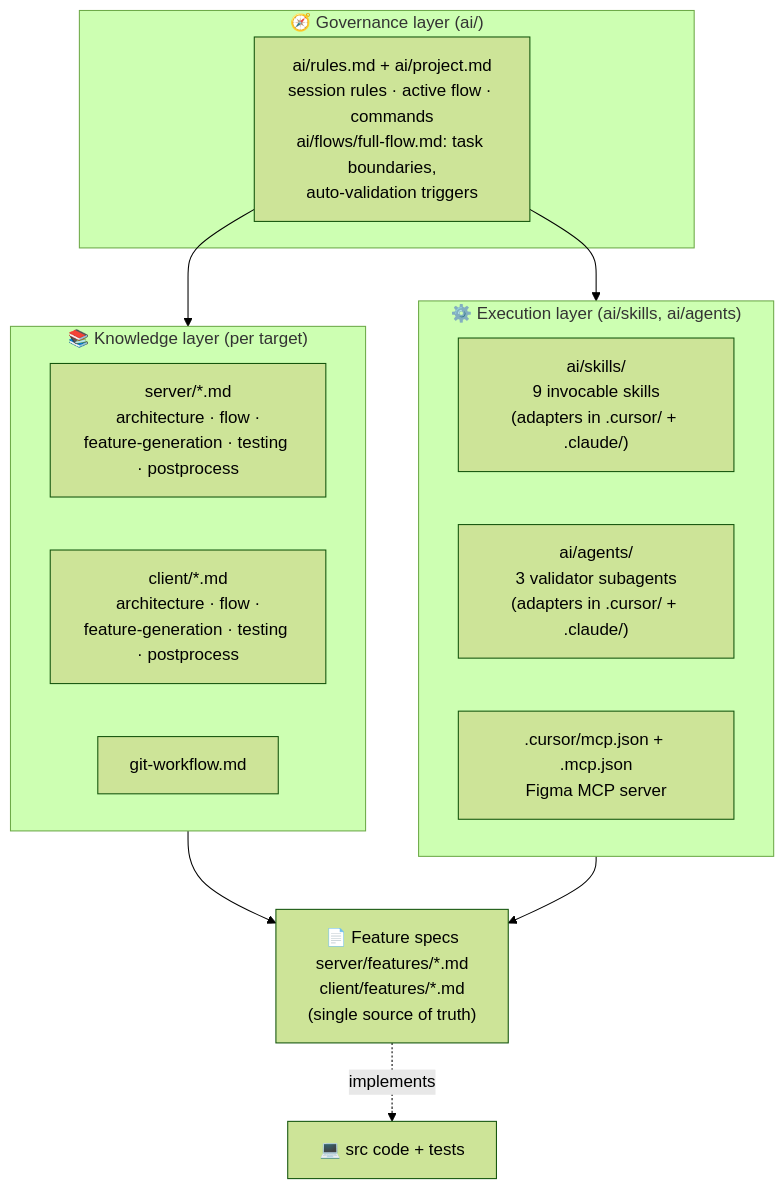
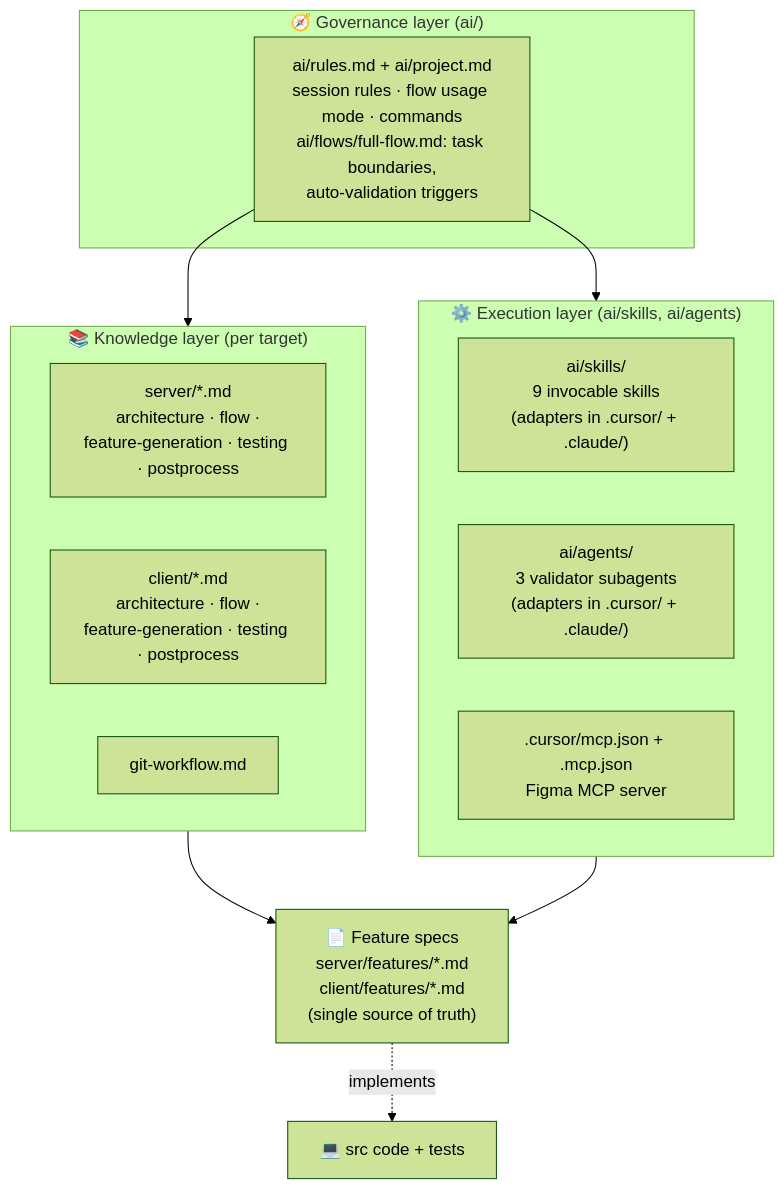
The first of 11 diagrams in ai/docs/full-flow.md (ShootingStar91/full-stack-template), drawn with Mermaid (forest theme) before and after one commit. The commit also changed other lines of this file and 8 other files, not shown here.

Commit message:
fix: flow default mode fixed

````diff
--- a/ai/docs/full-flow.md
+++ b/ai/docs/full-flow.md
@@ -20,28 +20,28 @@
 ```mermaid
 flowchart TB
     subgraph RULES["🧭 Governance layer (ai/)"]
-        CR["ai/rules.md + ai/project.md<br/>session rules · active flow · commands<br/>ai/flows/full-flow.md: task boundaries,<br/>auto-validation triggers"]
+        CR["ai/rules.md + ai/project.md<br/>session rules · flow usage mode · commands<br/>ai/flows/full-flow.md: task boundaries,<br/>auto-validation triggers"]
     end
 
     subgraph KNOW["📚 Knowledge layer (per target)"]
         direction LR
         SRV["server/*.md<br/>architecture · flow ·<br/>feature-generation · testing · postprocess"]
         CLI["client/*.md<br/>architecture · flow ·<br/>feature-generation · testing · postprocess"]
         GIT["git-workflow.md"]
     end
 
     subgraph EXEC["⚙️ Execution layer (ai/skills, ai/agents)"]
         direction LR
         SK["ai/skills/<br/>9 invocable skills<br/>(adapters in .cursor/ + .claude/)"]
         AG["ai/agents/<br/>3 validator subagents<br/>(adapters in .cursor/ + .claude/)"]
         MCP[".cursor/mcp.json + .mcp.json<br/>Figma MCP server"]
     end
 
     SPECS["📄 Feature specs<br/>server/features/*.md<br/>client/features/*.md<br/>(single source of truth)"]
 
     CR --> KNOW
     CR --> EXEC
     KNOW --> SPECS
     EXEC --> SPECS
     SPECS -.implements.-> CODE["💻 src code + tests"]
 ```
````
